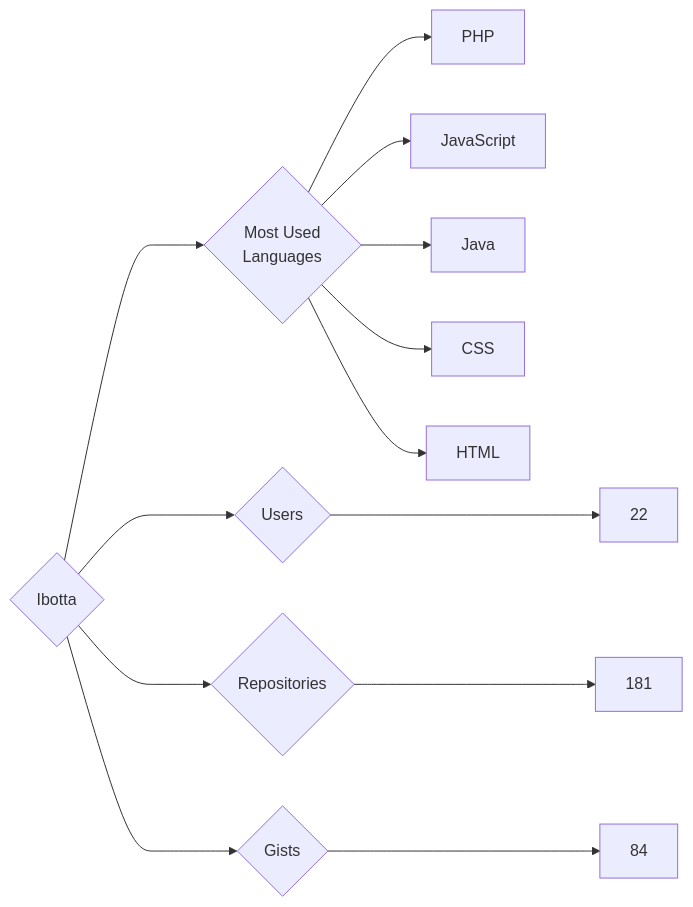
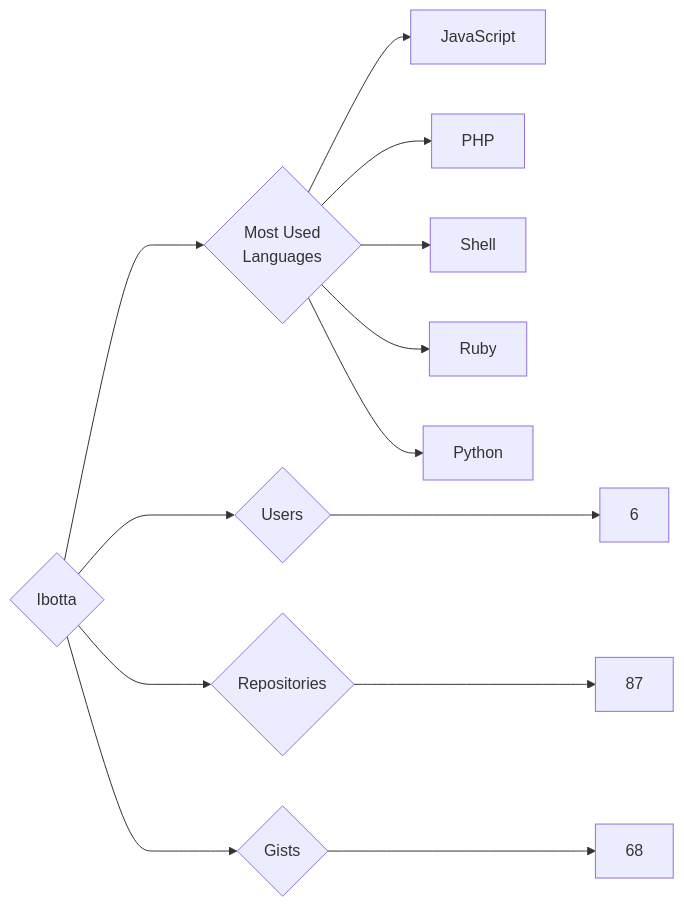
One commit to trickest/insiders changed the diagram in targets/Ibotta/README.md. Above: the diagram before and after it, drawn with Mermaid. The commit also changed 633 other files, not shown here.

````diff
--- a/targets/Ibotta/README.md
+++ b/targets/Ibotta/README.md
@@ -3,13 +3,13 @@
 ```mermaid
 graph LR
 COMPANY_NAME{Ibotta}
-COMPANY_NAME ---> U{Users} ---> UN[22]
-COMPANY_NAME ---> R{Repositories} ---> RN[181]
-COMPANY_NAME ---> G{Gists} ---> GN[84]
+COMPANY_NAME ---> U{Users} ---> UN[6]
+COMPANY_NAME ---> R{Repositories} ---> RN[87]
+COMPANY_NAME ---> G{Gists} ---> GN[68]
 COMPANY_NAME ---> ML{Most Used<br>Languages}
+ML --> JavaScript[JavaScript]
 ML --> PHP[PHP]
-ML --> JavaScript[JavaScript]
-ML --> Java[Java]
-ML --> CSS[CSS]
-ML --> HTML[HTML]
+ML --> Shell[Shell]
+ML --> Ruby[Ruby]
+ML --> Python[Python]
 ```
````
